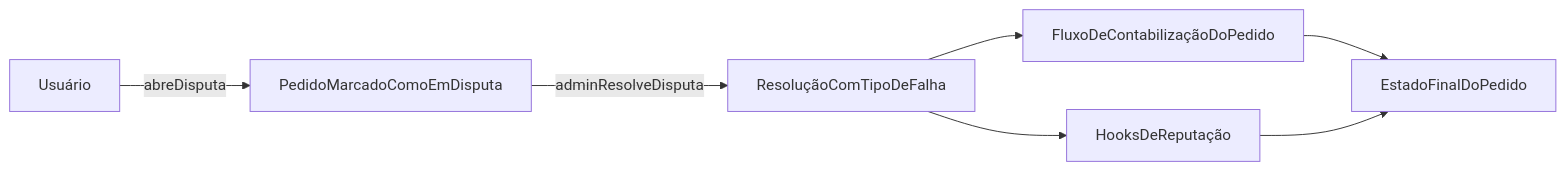
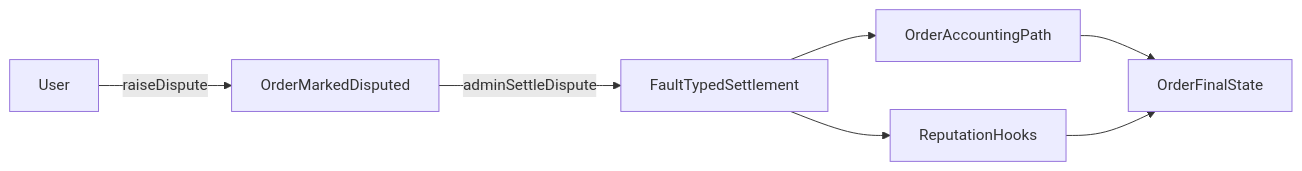
Before and after one commit to uditstocks/docs.p2pdotme: the diagram in translations/pt/for-builders/disputes.md, drawn with Mermaid. The commit also changed other lines of this file and 263 other files, not shown here.

````diff
--- a/translations/pt/for-builders/disputes.md
+++ b/translations/pt/for-builders/disputes.md
@@ -14,9 +14,9 @@
 ```mermaid
 flowchart LR
-    user[Usuário] -->|abreDisputa| disputed[PedidoMarcadoComoEmDisputa]
-    disputed -->|adminResolveDisputa| settle[ResoluçãoComTipoDeFalha]
-    settle --> accounting[FluxoDeContabilizaçãoDoPedido]
-    settle --> rp[HooksDeReputação]
-    accounting --> final[EstadoFinalDoPedido]
+    user[User] -->|raiseDispute| disputed[OrderMarkedDisputed]
+    disputed -->|adminSettleDispute| settle[FaultTypedSettlement]
+    settle --> accounting[OrderAccountingPath]
+    settle --> rp[ReputationHooks]
+    accounting --> final[OrderFinalState]
     rp --> final
 ```
````
